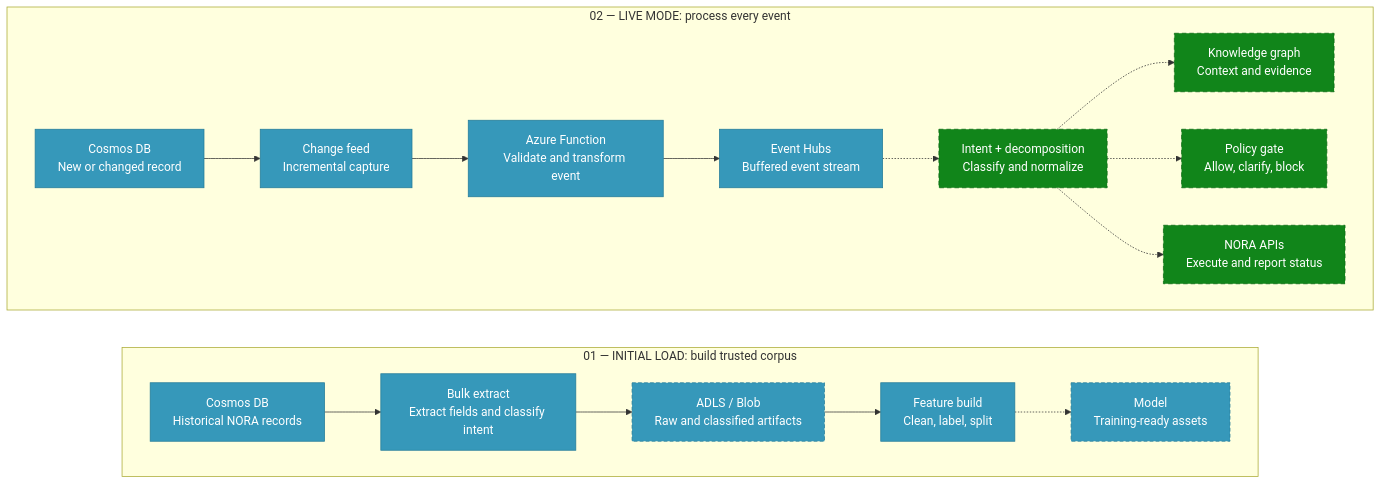
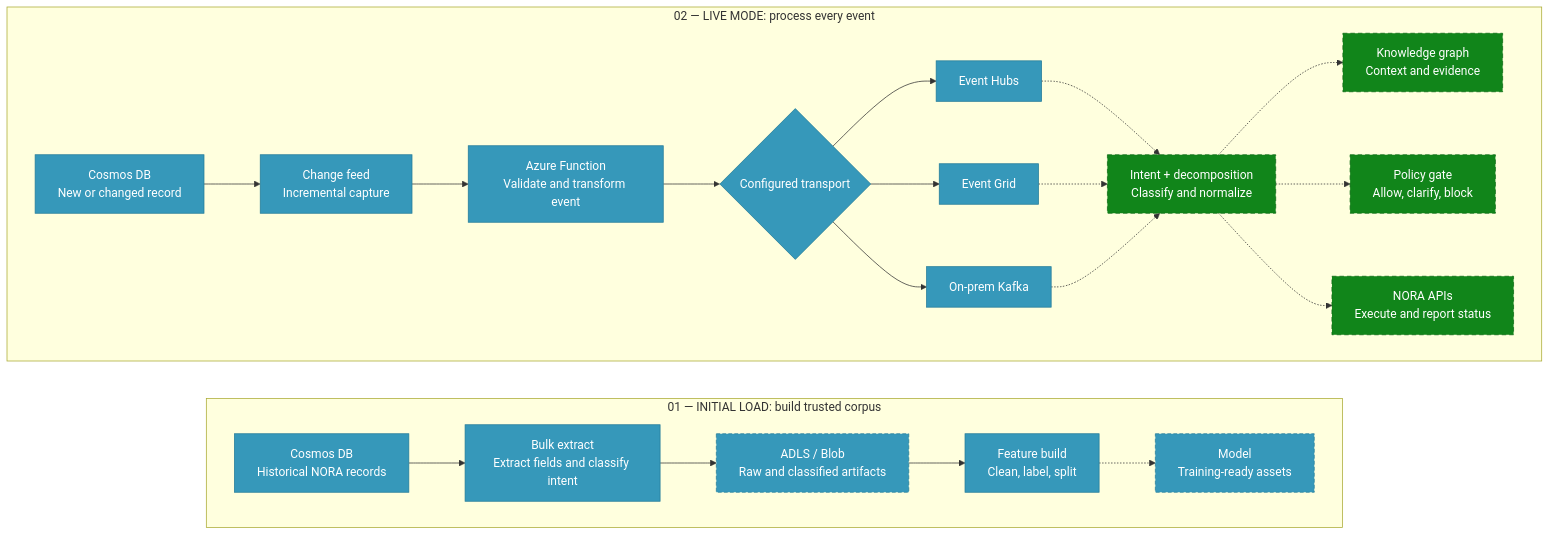
One commit to udaych20/telecom-ingestion-pipeline changed the diagram in docs/DESIGN.md. Above: the diagram before and after it, drawn with Mermaid. The commit also changed other lines of this file and 21 other files, not shown here.

Commit message:
Add on-prem Kafka live transport with PII masking

````diff
--- a/docs/DESIGN.md
+++ b/docs/DESIGN.md
@@ -29,28 +29,33 @@
 ```mermaid
 flowchart LR
     subgraph INITIAL["01 — INITIAL LOAD: build trusted corpus"]
         direction LR
         I_COSMOS["Cosmos DB<br/>Historical NORA records"] --> I_EXTRACT["Bulk extract<br/>Extract fields and classify intent"]
         I_EXTRACT --> I_ADLS["ADLS / Blob<br/>Raw and classified artifacts"]
         I_ADLS --> I_FEATURES["Feature build<br/>Clean, label, split"]
         I_FEATURES -.-> I_MODEL["Model<br/>Training-ready assets"]
     end
 
     subgraph LIVE["02 — LIVE MODE: process every event"]
         direction LR
         L_COSMOS["Cosmos DB<br/>New or changed record"] --> L_FEED["Change feed<br/>Incremental capture"]
         L_FEED --> L_FUNCTION["Azure Function<br/>Validate and transform event"]
-        L_FUNCTION --> L_HUB["Event Hubs<br/>Buffered event stream"]
+        L_FUNCTION --> L_TRANSPORT{"Configured transport"}
+        L_TRANSPORT --> L_HUB["Event Hubs"]
+        L_TRANSPORT --> L_GRID["Event Grid"]
+        L_TRANSPORT --> L_KAFKA["On-prem Kafka"]
         L_HUB -.-> L_INTENT["Intent + decomposition<br/>Classify and normalize"]
+        L_GRID -.-> L_INTENT
+        L_KAFKA -.-> L_INTENT
         L_INTENT -.-> L_KG["Knowledge graph<br/>Context and evidence"]
         L_INTENT -.-> L_POLICY["Policy gate<br/>Allow, clarify, block"]
         L_INTENT -.-> L_API["NORA APIs<br/>Execute and report status"]
     end
 
     classDef implemented fill:#3698ba,color:#fff,stroke:#247c99;
     classDef optional fill:#3698ba,color:#fff,stroke:#247c99,stroke-dasharray:5 3;
     classDef planned fill:#11851a,color:#fff,stroke:#096810,stroke-dasharray:6 4;
-    class I_COSMOS,I_EXTRACT,I_FEATURES,L_COSMOS,L_FEED,L_FUNCTION,L_HUB implemented;
+    class I_COSMOS,I_EXTRACT,I_FEATURES,L_COSMOS,L_FEED,L_FUNCTION,L_TRANSPORT,L_HUB,L_GRID,L_KAFKA implemented;
     class I_ADLS,I_MODEL optional;
     class L_INTENT,L_KG,L_POLICY,L_API planned;
 ```
````
